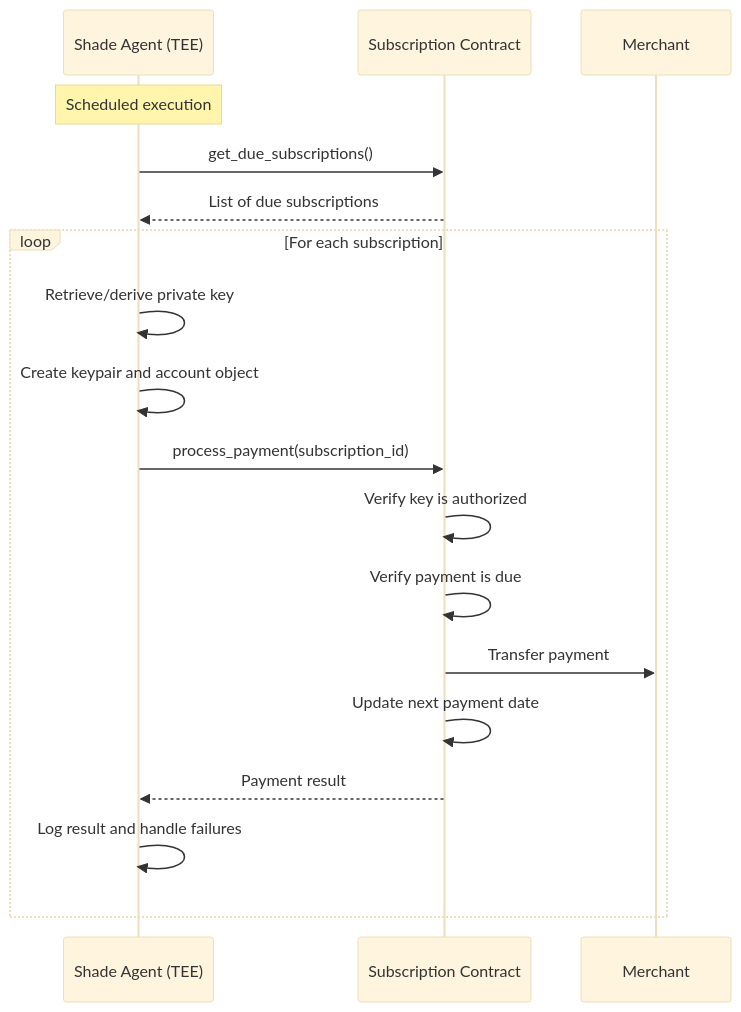
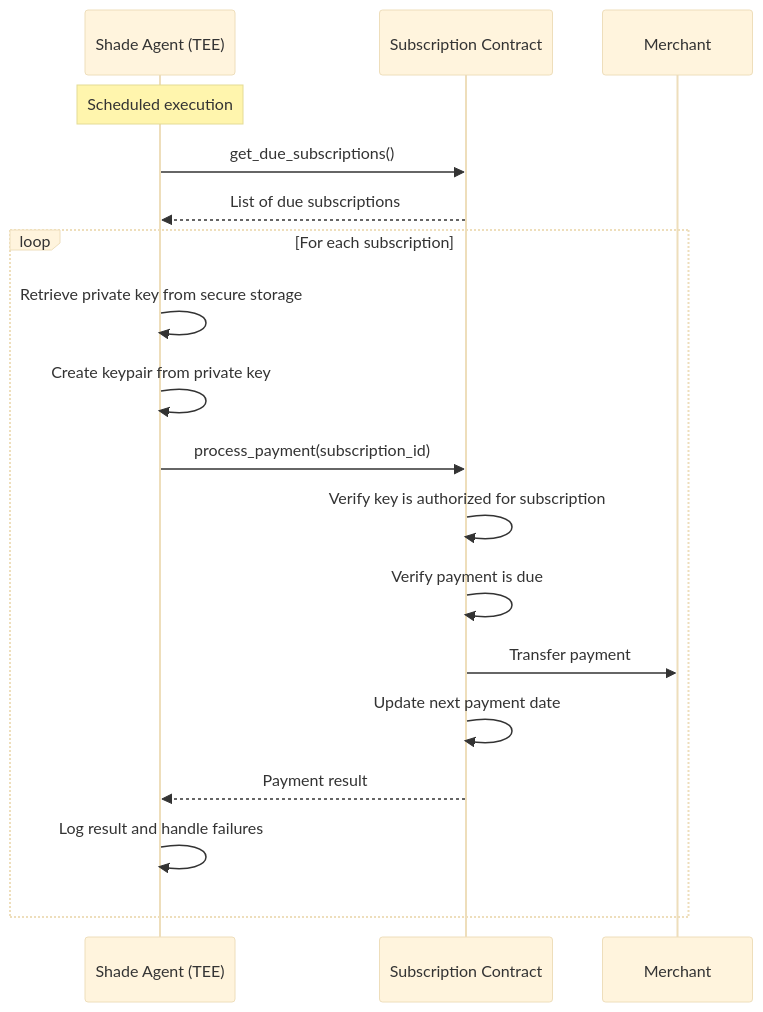
Before and after one commit to Pingpayio/ping-subscription-service: the second of 5 diagrams in ARCHITECTURE.md, drawn with Mermaid (base theme). The commit also changed 8 other files, not shown here.

````diff
--- a/ARCHITECTURE.md
+++ b/ARCHITECTURE.md
@@ -93,22 +93,22 @@
 ```mermaid
 sequenceDiagram
     participant TEE as Shade Agent (TEE)
     participant Contract as Subscription Contract
     participant Merchant
     
     Note over TEE: Scheduled execution
     TEE->>Contract: get_due_subscriptions()
     Contract-->>TEE: List of due subscriptions
     
     loop For each subscription
-        TEE->>TEE: Retrieve/derive private key
-        TEE->>TEE: Create keypair and account object
+        TEE->>TEE: Retrieve private key from secure storage
+        TEE->>TEE: Create keypair from private key
         TEE->>Contract: process_payment(subscription_id)
-        Contract->>Contract: Verify key is authorized
+        Contract->>Contract: Verify key is authorized for subscription
         Contract->>Contract: Verify payment is due
         Contract->>Merchant: Transfer payment
         Contract->>Contract: Update next payment date
         Contract-->>TEE: Payment result
         TEE->>TEE: Log result and handle failures
     end
 ```
````
